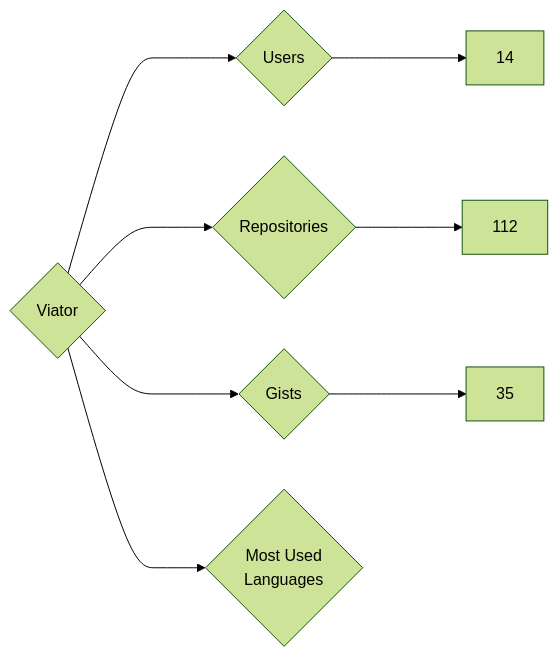
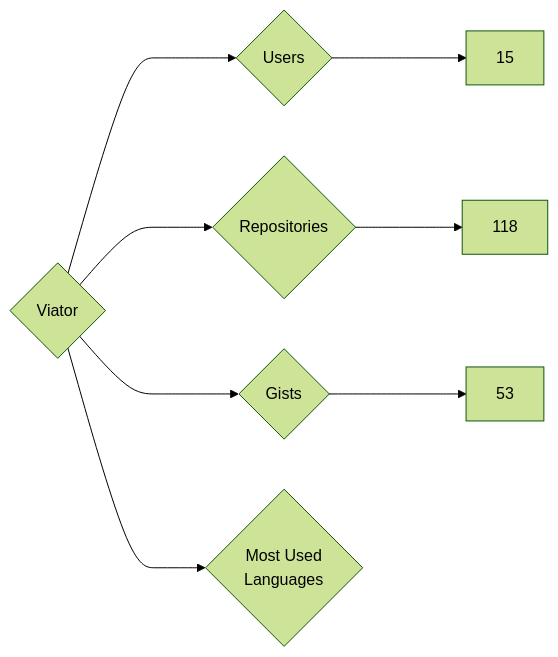
The diagram in targets/Viator/README.md (nenadzaric/insiders), drawn with Mermaid (forest theme) before and after one commit. The commit also changed 1342 other files, not shown here.

````diff
--- a/targets/Viator/README.md
+++ b/targets/Viator/README.md
@@ -3,8 +3,8 @@
 ```mermaid
 graph LR
 COMPANY_NAME{Viator}
-COMPANY_NAME ---> U{Users} ---> UN[14]
-COMPANY_NAME ---> R{Repositories} ---> RN[112]
-COMPANY_NAME ---> G{Gists} ---> GN[35]
+COMPANY_NAME ---> U{Users} ---> UN[15]
+COMPANY_NAME ---> R{Repositories} ---> RN[118]
+COMPANY_NAME ---> G{Gists} ---> GN[53]
 COMPANY_NAME ---> ML{Most Used<br>Languages}
 ```
````
